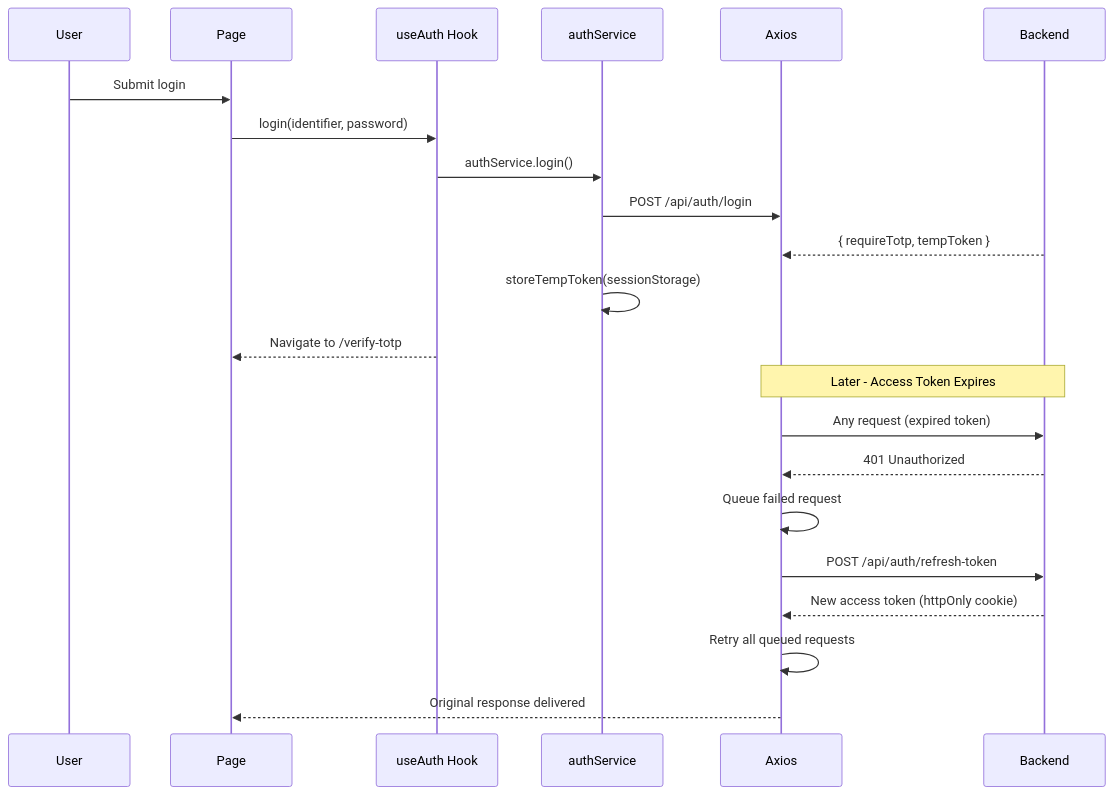
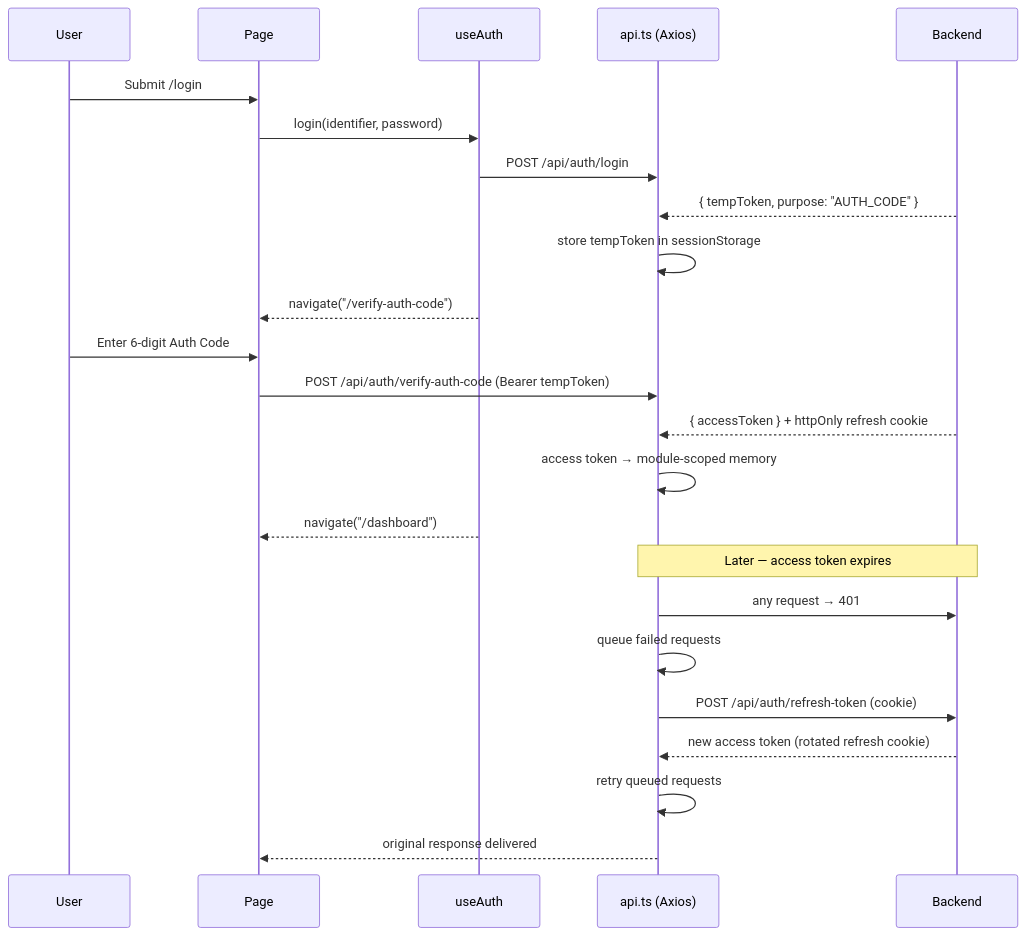
The fourth of 5 diagrams in frontend/README.md (urvagandhi/Hospital-Management), drawn with Mermaid before and after one commit. The commit also changed other lines of this file and 5 other files, not shown here.

````diff
--- a/frontend/README.md
+++ b/frontend/README.md
@@ -177,26 +190,29 @@
 ```mermaid
 sequenceDiagram
     participant U as User
     participant P as Page
-    participant H as useAuth Hook
-    participant A as authService
-    participant API as Axios
+    participant H as useAuth
+    participant API as api.ts (Axios)
     participant B as Backend
 
-    U->>P: Submit login
+    U->>P: Submit /login
     P->>H: login(identifier, password)
-    H->>A: authService.login()
-    A->>API: POST /api/auth/login
-    B-->>API: { requireTotp, tempToken }
-    A->>A: storeTempToken(sessionStorage)
-    H-->>P: Navigate to /verify-totp
+    H->>API: POST /api/auth/login
+    B-->>API: { tempToken, purpose: "AUTH_CODE" }
+    API->>API: store tempToken in sessionStorage
+    H-->>P: navigate("/verify-auth-code")
 
-    Note over API,B: Later - Access Token Expires
-    API->>B: Any request (expired token)
-    B-->>API: 401 Unauthorized
-    API->>API: Queue failed request
-    API->>B: POST /api/auth/refresh-token
-    B-->>API: New access token (httpOnly cookie)
-    API->>API: Retry all queued requests
-    API-->>P: Original response delivered
+    U->>P: Enter 6-digit Auth Code
+    P->>API: POST /api/auth/verify-auth-code (Bearer tempToken)
+    B-->>API: { accessToken } + httpOnly refresh cookie
+    API->>API: access token → module-scoped memory
+    H-->>P: navigate("/dashboard")
+
+    Note over API,B: Later — access token expires
+    API->>B: any request → 401
+    API->>API: queue failed requests
+    API->>B: POST /api/auth/refresh-token (cookie)
+    B-->>API: new access token (rotated refresh cookie)
+    API->>API: retry queued requests
+    API-->>P: original response delivered
 ```
````
